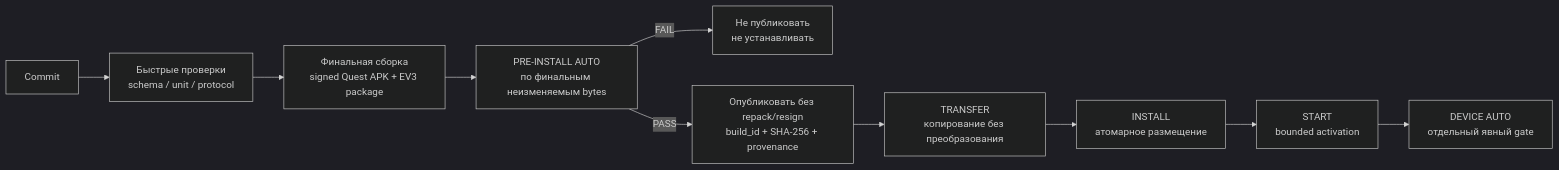
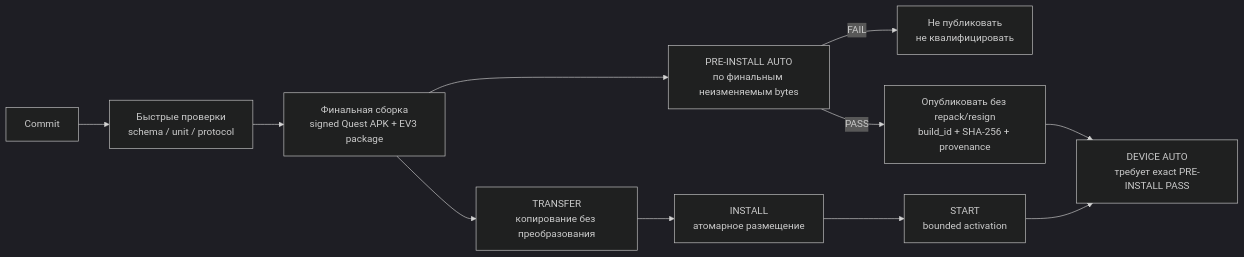
One commit to sirejik/phantom changed the diagram in docs/PHANTOM/ENGINEERING.md. Above: the diagram before and after it, drawn with Mermaid (dark theme). The commit also changed other lines of this file and 69 other files, not shown here.

````diff
--- a/docs/PHANTOM/ENGINEERING.md
+++ b/docs/PHANTOM/ENGINEERING.md
@@ -167,12 +165,13 @@
 ```mermaid
 flowchart LR
   Commit[Commit] --> Fast[Быстрые проверки<br/>schema / unit / protocol]
   Fast --> Build[Финальная сборка<br/>signed Quest APK + EV3 package]
   Build --> Gate[PRE-INSTALL AUTO<br/>по финальным неизменяемым bytes]
-  Gate -->|FAIL| Block[Не публиковать<br/>не устанавливать]
+  Gate -->|FAIL| Block[Не публиковать<br/>не квалифицировать]
   Gate -->|PASS| Publish[Опубликовать без repack/resign<br/>build_id + SHA-256 + provenance]
-  Publish --> Transfer[TRANSFER<br/>копирование без преобразования]
+  Build --> Transfer[TRANSFER<br/>копирование без преобразования]
   Transfer --> Install[INSTALL<br/>атомарное размещение]
   Install --> Start[START<br/>bounded activation]
-  Start --> Device[DEVICE AUTO<br/>отдельный явный gate]
+  Start --> Device[DEVICE AUTO<br/>требует exact PRE-INSTALL PASS]
+  Publish --> Device
 ```
````
